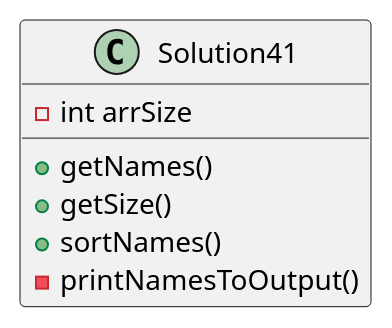
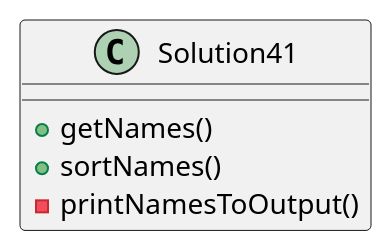
The diagram in exercise41/docs/classes.puml (Your0nlySon/Duncan-a04), drawn with PlantUML before and after one commit. The commit also changed 5 other files, not shown here.

```diff
--- a/exercise41/docs/classes.puml
+++ b/exercise41/docs/classes.puml
@@ -1,11 +1,8 @@
 @startuml
 class Solution41 {
 
--int arrSize
-
 +getNames()
-+getSize()
 +sortNames()
 -printNamesToOutput()
 }
 @enduml
```
